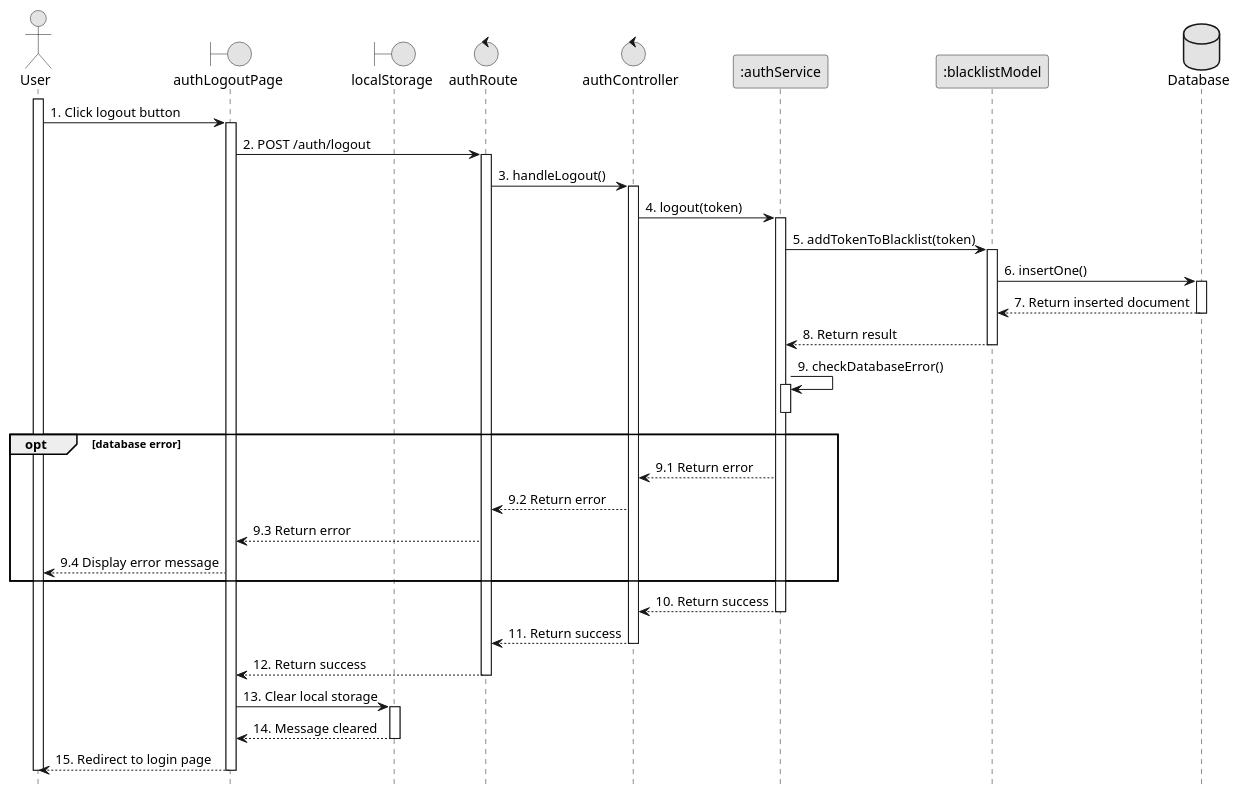
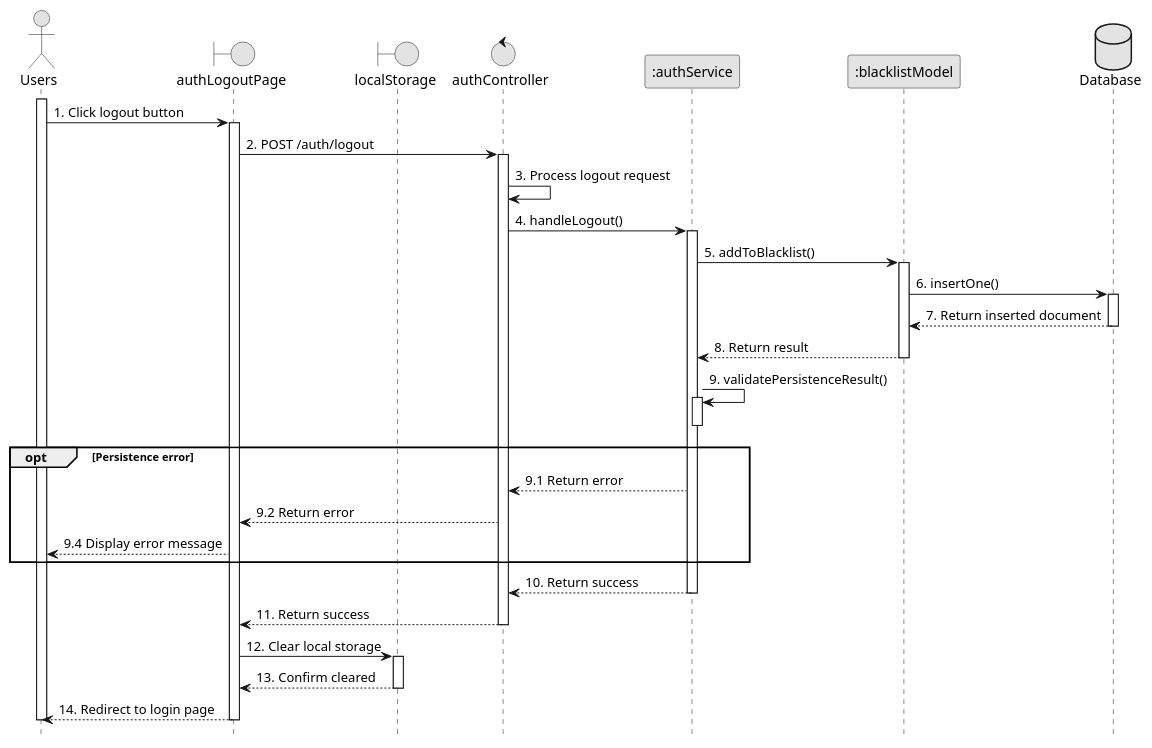
The diagram in planuml/web/4_logout.puml (VietDurian/VietDurian), drawn with PlantUML before and after one commit. The commit also changed 39 other files, not shown here.

Commit message:
ViVLT: Add sequence diagram

```diff
--- a/planuml/web/4_logout.puml
+++ b/planuml/web/4_logout.puml
@@ -1,56 +1,51 @@
 @startuml 4_logout
 skinparam monochrome true
 skinparam shadowing false
 skinparam sequenceArrowThickness 1
 hide footbox
 
-actor User
+actor Users
 boundary authLogoutPage as UI
 boundary localStorage as Storage
-control authRoute as Route
 control authController as Controller
 participant ":authService" as AuthService
 participant ":blacklistModel" as BlacklistModel
 database Database as DB
 
-activate User
-User -> UI : 1. Click logout button
+activate Users
+Users -> UI : 1. Click logout button
 activate UI
-UI -> Route : 2. POST /auth/logout
-activate Route
-Route -> Controller : 3. handleLogout()
+UI -> Controller : 2. POST /auth/logout
 activate Controller
-Controller -> AuthService : 4. logout(token)
+Controller -> Controller : 3. Process logout request
+Controller -> AuthService : 4. handleLogout()
 activate AuthService
-AuthService -> BlacklistModel : 5. addTokenToBlacklist(token)
+AuthService -> BlacklistModel : 5. addToBlacklist()
 activate BlacklistModel
 BlacklistModel -> DB : 6. insertOne()
 activate DB
 DB --> BlacklistModel : 7. Return inserted document
 deactivate DB
 BlacklistModel --> AuthService : 8. Return result
 deactivate BlacklistModel
-AuthService -> AuthService : 9. checkDatabaseError()
+AuthService -> AuthService : 9. validatePersistenceResult()
 activate AuthService
 deactivate AuthService
-opt database error
+opt Persistence error
     AuthService --> Controller : 9.1 Return error
-    Controller --> Route : 9.2 Return error
-    Route --> UI : 9.3 Return error
-    UI --> User : 9.4 Display error message
+    Controller --> UI : 9.2 Return error
+    UI --> Users : 9.4 Display error message
 end
 AuthService --> Controller : 10. Return success
 deactivate AuthService
-Controller --> Route : 11. Return success
+Controller --> UI : 11. Return success
 deactivate Controller
-Route --> UI : 12. Return success
-deactivate Route
-UI -> Storage : 13. Clear local storage
+UI -> Storage : 12. Clear local storage
 activate Storage
 
-Storage --> UI : 14. Message cleared
+Storage --> UI : 13. Confirm cleared
 deactivate Storage
-UI --> User : 15. Redirect to login page
+UI --> Users : 14. Redirect to login page
 deactivate UI
-deactivate User
+deactivate Users
 @enduml
```
